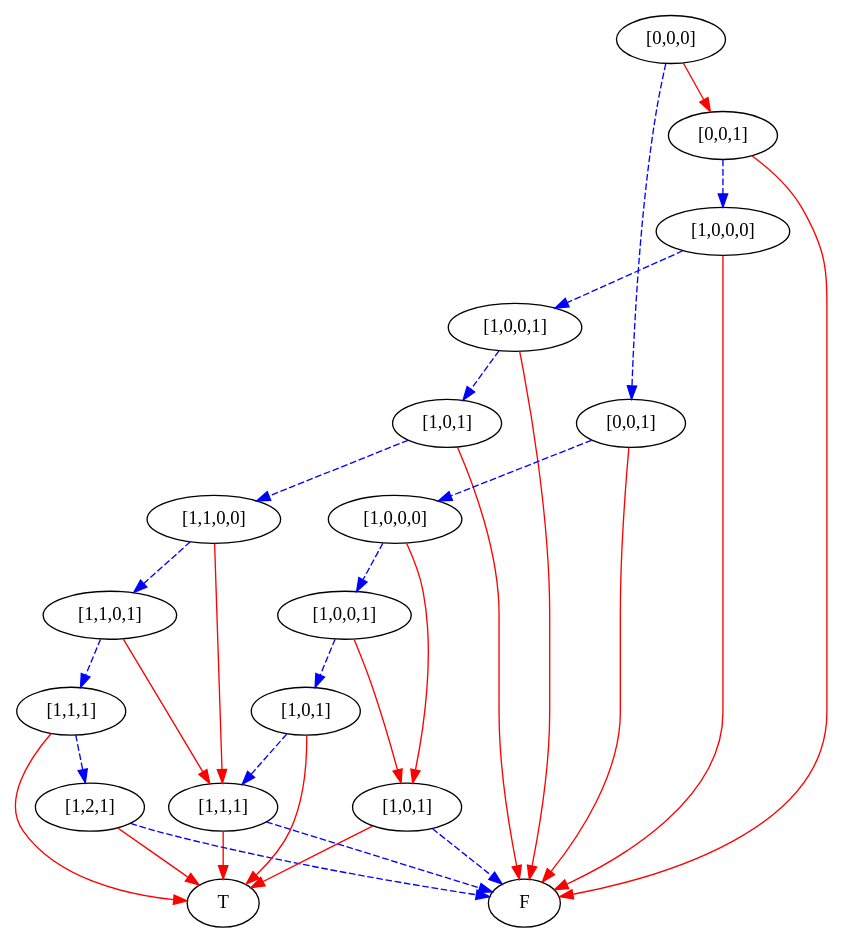
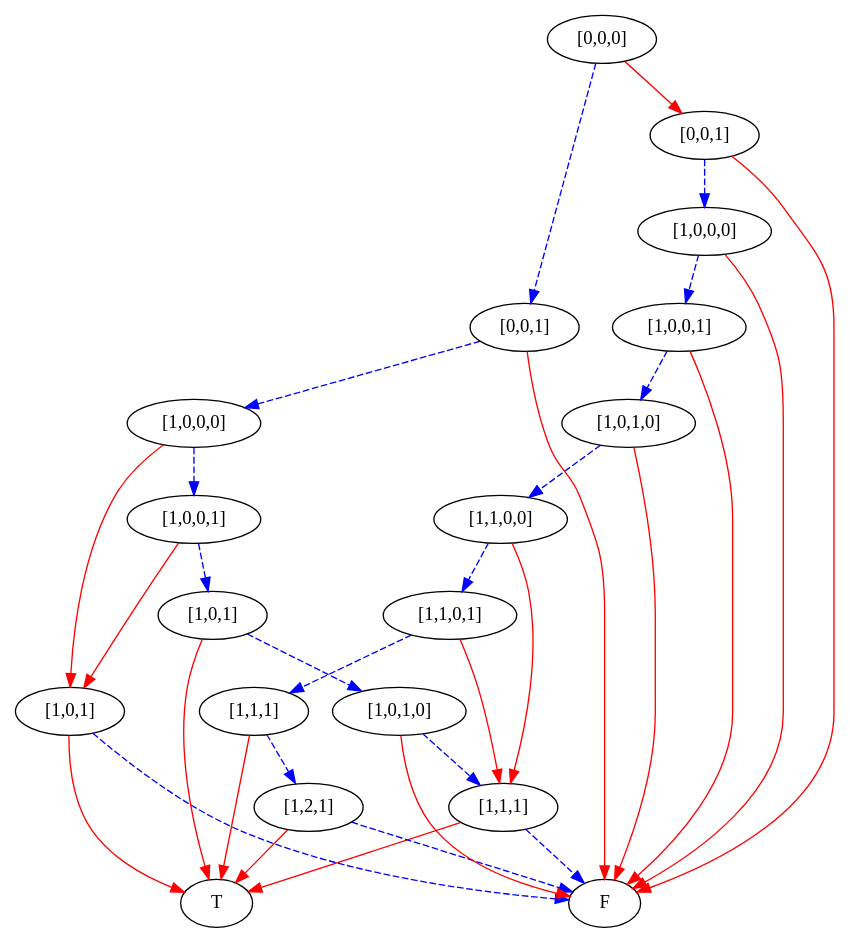
Before and after one commit to mburyakov/minxmod: the diagram in simpleProgram5bstates/3.dot, drawn with Graphviz. The commit also changed 21 other files, not shown here.

```diff
--- a/simpleProgram5bstates/3.dot
+++ b/simpleProgram5bstates/3.dot
@@ -1,64 +1,68 @@
 digraph {
     1 [label=F];
     2 [label=T];
     3 [label="[1,1,1]"];
     4 [label="[1,2,1]"];
     5 [label="[1,1,1]"];
     6 [label="[1,1,0,1]"];
     7 [label="[1,1,0,0]"];
-    8 [label="[1,0,1]"];
+    8 [label="[1,0,1,0]"];
     9 [label="[1,0,0,1]"];
     10 [label="[1,0,0,0]"];
     11 [label="[0,0,1]"];
     12 [label="[1,0,1]"];
-    13 [label="[1,0,1]"];
-    14 [label="[1,0,0,1]"];
-    15 [label="[1,0,0,0]"];
-    16 [label="[0,0,1]"];
-    17 [label="[0,0,0]"];
+    13 [label="[1,0,1,0]"];
+    14 [label="[1,0,1]"];
+    15 [label="[1,0,0,1]"];
+    16 [label="[1,0,0,0]"];
+    17 [label="[0,0,1]"];
+    18 [label="[0,0,0]"];
     3 -> 1 [style=dashed
            ,color=blue];
     3 -> 2 [color=red];
     4 -> 1 [style=dashed
            ,color=blue];
     4 -> 2 [color=red];
     5 -> 4 [style=dashed
            ,color=blue];
     5 -> 2 [color=red];
     6 -> 3 [color=red];
     6 -> 5 [style=dashed
            ,color=blue];
     7 -> 3 [color=red];
     7 -> 6 [style=dashed
            ,color=blue];
     8 -> 7 [style=dashed
            ,color=blue];
     8 -> 1 [color=red];
     9 -> 8 [style=dashed
            ,color=blue];
     9 -> 1 [color=red];
     10 -> 9 [style=dashed
             ,color=blue];
     10 -> 1 [color=red];
     11 -> 10 [style=dashed
              ,color=blue];
     11 -> 1 [color=red];
     12 -> 1 [style=dashed
             ,color=blue];
     12 -> 2 [color=red];
     13 -> 3 [style=dashed
             ,color=blue];
-    13 -> 2 [color=red];
-    14 -> 12 [color=red];
+    13 -> 1 [color=red];
     14 -> 13 [style=dashed
              ,color=blue];
+    14 -> 2 [color=red];
     15 -> 12 [color=red];
     15 -> 14 [style=dashed
              ,color=blue];
+    16 -> 12 [color=red];
     16 -> 15 [style=dashed
              ,color=blue];
-    16 -> 1 [color=red];
-    17 -> 11 [color=red];
     17 -> 16 [style=dashed
              ,color=blue];
+    17 -> 1 [color=red];
+    18 -> 11 [color=red];
+    18 -> 17 [style=dashed
+             ,color=blue];
 }
```
